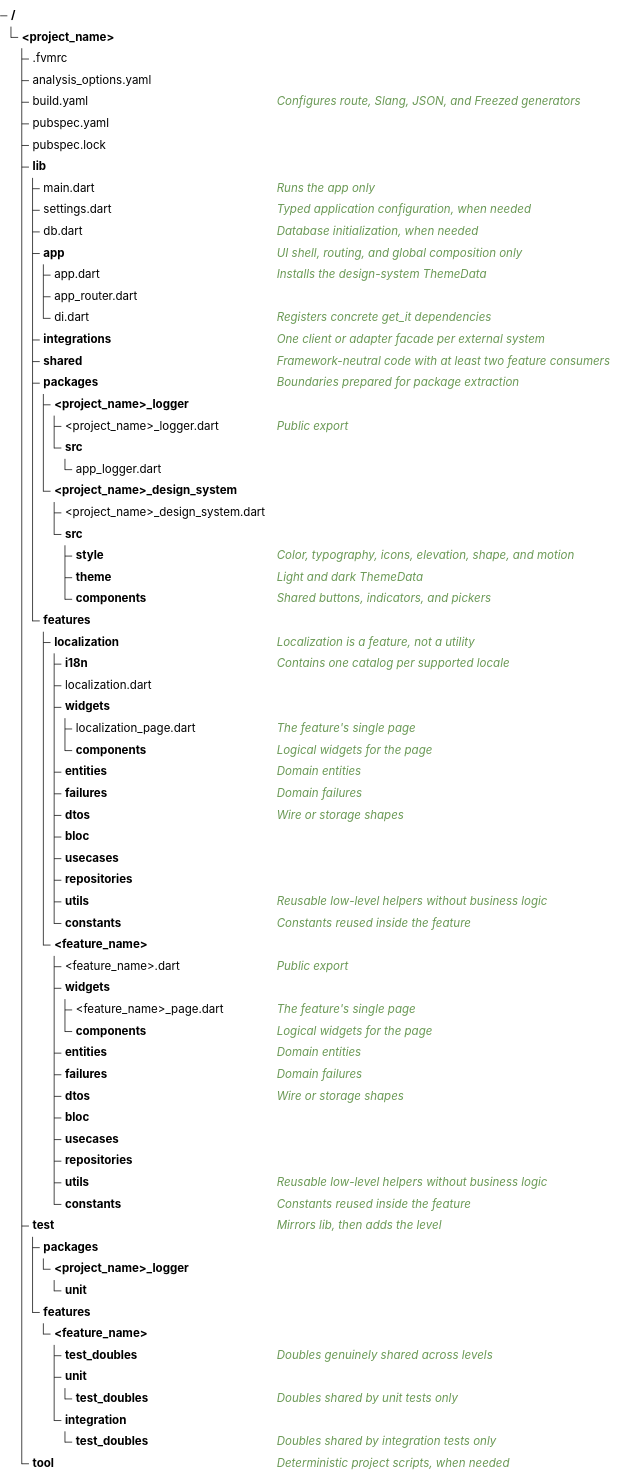
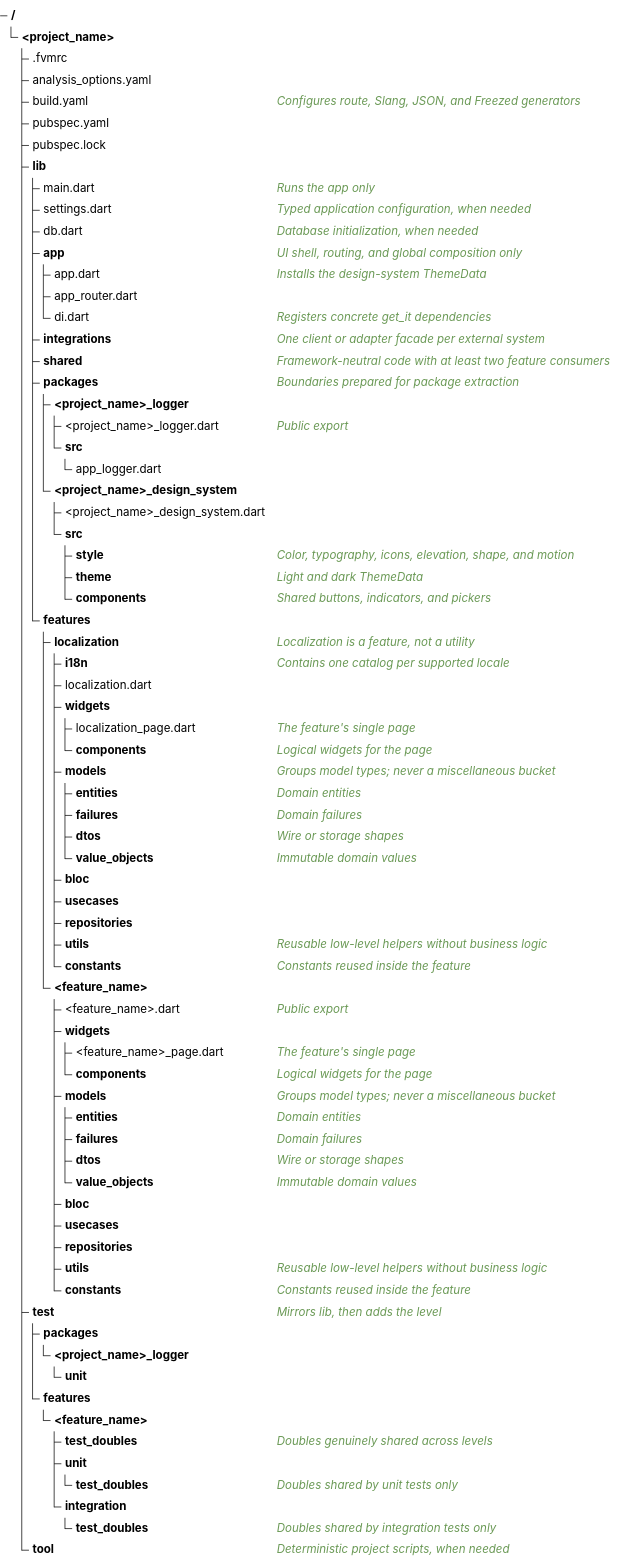
One commit to fam-tung-lam/ptlam-agent-plugin changed the diagram in plugin/skills/ptlam-code-style-flutter/references/file-organization.md. Above: the diagram before and after it, drawn with Mermaid. The commit also changed other lines of this file and 13 other files, not shown here.

````diff
--- a/plugin/skills/ptlam-code-style-flutter/references/file-organization.md
+++ b/plugin/skills/ptlam-code-style-flutter/references/file-organization.md
@@ -8,70 +8,74 @@
 ```mermaid
 treeView-beta
     <project_name>/
         .fvmrc
         analysis_options.yaml
         build.yaml ## Configures route, Slang, JSON, and Freezed generators
         pubspec.yaml
         pubspec.lock
         lib/
             main.dart ## Runs the app only
             settings.dart ## Typed application configuration, when needed
             db.dart ## Database initialization, when needed
             app/ ## UI shell, routing, and global composition only
                 app.dart ## Installs the design-system ThemeData
                 app_router.dart
                 di.dart ## Registers concrete get_it dependencies
             integrations/ ## One client or adapter facade per external system
             shared/ ## Framework-neutral code with at least two feature consumers
             packages/ ## Boundaries prepared for package extraction
                 <project_name>_logger/
                     <project_name>_logger.dart ## Public export
                     src/
                         app_logger.dart
                 <project_name>_design_system/
                     <project_name>_design_system.dart
                     src/
                         style/ ## Color, typography, icons, elevation, shape, and motion
                         theme/ ## Light and dark ThemeData
                         components/ ## Shared buttons, indicators, and pickers
             features/
                 localization/ ## Localization is a feature, not a utility
                     i18n/ ## Contains one catalog per supported locale
                     localization.dart
                     widgets/
                         localization_page.dart ## The feature's single page
                         components/ ## Logical widgets for the page
-                    entities/ ## Domain entities
-                    failures/ ## Domain failures
-                    dtos/ ## Wire or storage shapes
+                    models/ ## Groups model types; never a miscellaneous bucket
+                        entities/ ## Domain entities
+                        failures/ ## Domain failures
+                        dtos/ ## Wire or storage shapes
+                        value_objects/ ## Immutable domain values
                     bloc/
                     usecases/
                     repositories/
                     utils/ ## Reusable low-level helpers without business logic
                     constants/ ## Constants reused inside the feature
                 <feature_name>/
                     <feature_name>.dart ## Public export
                     widgets/
                         <feature_name>_page.dart ## The feature's single page
                         components/ ## Logical widgets for the page
-                    entities/ ## Domain entities
-                    failures/ ## Domain failures
-                    dtos/ ## Wire or storage shapes
+                    models/ ## Groups model types; never a miscellaneous bucket
+                        entities/ ## Domain entities
+                        failures/ ## Domain failures
+                        dtos/ ## Wire or storage shapes
+                        value_objects/ ## Immutable domain values
                     bloc/
                     usecases/
                     repositories/
                     utils/ ## Reusable low-level helpers without business logic
                     constants/ ## Constants reused inside the feature
         test/ ## Mirrors lib, then adds the level
             packages/
                 <project_name>_logger/
                     unit/
             features/
                 <feature_name>/
                     test_doubles/ ## Doubles genuinely shared across levels
                     unit/
                         test_doubles/ ## Doubles shared by unit tests only
                     integration/
                         test_doubles/ ## Doubles shared by integration tests only
         tool/ ## Deterministic project scripts, when needed
 ```
````
